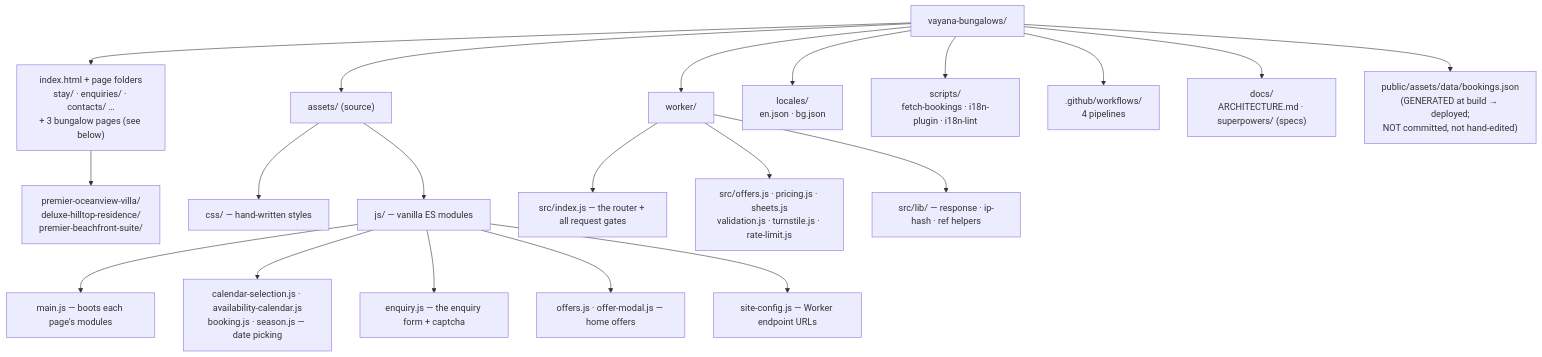
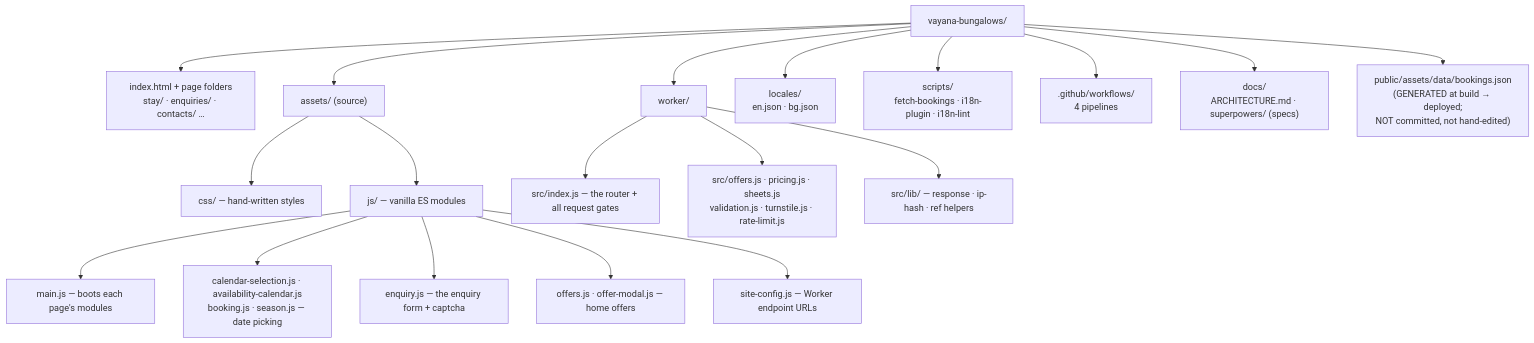
Before and after one commit to NoobCoder1209/vayana-bungalows: the second of 9 diagrams in docs/ARCHITECTURE.md, drawn with Mermaid. The commit also changed 18 other files, not shown here.

First line of the commit message:
Remove bungalow detail pages; home cards link to /stay/ calendars (#141)

````diff
--- a/docs/ARCHITECTURE.md
+++ b/docs/ARCHITECTURE.md
@@ -52,28 +52,27 @@
 ```mermaid
 flowchart TD
     Root["vayana-bungalows/"]
 
-    Root --> Pages["index.html + page folders<br/>stay/ · enquiries/ · contacts/ …<br/>+ 3 bungalow pages (see below)"]
+    Root --> Pages["index.html + page folders<br/>stay/ · enquiries/ · contacts/ …"]
     Root --> Assets["assets/ (source)"]
     Root --> Worker["worker/"]
     Root --> Locales["locales/<br/>en.json · bg.json"]
     Root --> Scripts["scripts/<br/>fetch-bookings · i18n-plugin · i18n-lint"]
     Root --> WF[".github/workflows/<br/>4 pipelines"]
     Root --> Docs["docs/<br/>ARCHITECTURE.md · superpowers/ (specs)"]
 
-    Pages --> Bungalows["premier-oceanview-villa/<br/>deluxe-hilltop-residence/<br/>premier-beachfront-suite/"]
 
     Assets --> CSS["css/ — hand-written styles"]
     Assets --> JS["js/ — vanilla ES modules"]
     Root --> Public["public/assets/data/bookings.json<br/>(GENERATED at build → deployed;<br/>NOT committed, not hand-edited)"]
 
     JS --> JScore["main.js — boots each page's modules"]
     JS --> JSbook["calendar-selection.js · availability-calendar.js<br/>booking.js · season.js — date picking"]
     JS --> JSenq["enquiry.js — the enquiry form + captcha"]
     JS --> JSoffer["offers.js · offer-modal.js — home offers"]
     JS --> JScfg["site-config.js — Worker endpoint URLs"]
 
     Worker --> Widx["src/index.js — the router + all request gates"]
     Worker --> Wmod["src/offers.js · pricing.js · sheets.js<br/>validation.js · turnstile.js · rate-limit.js"]
     Worker --> Wlib["src/lib/ — response · ip-hash · ref helpers"]
 ```
````
